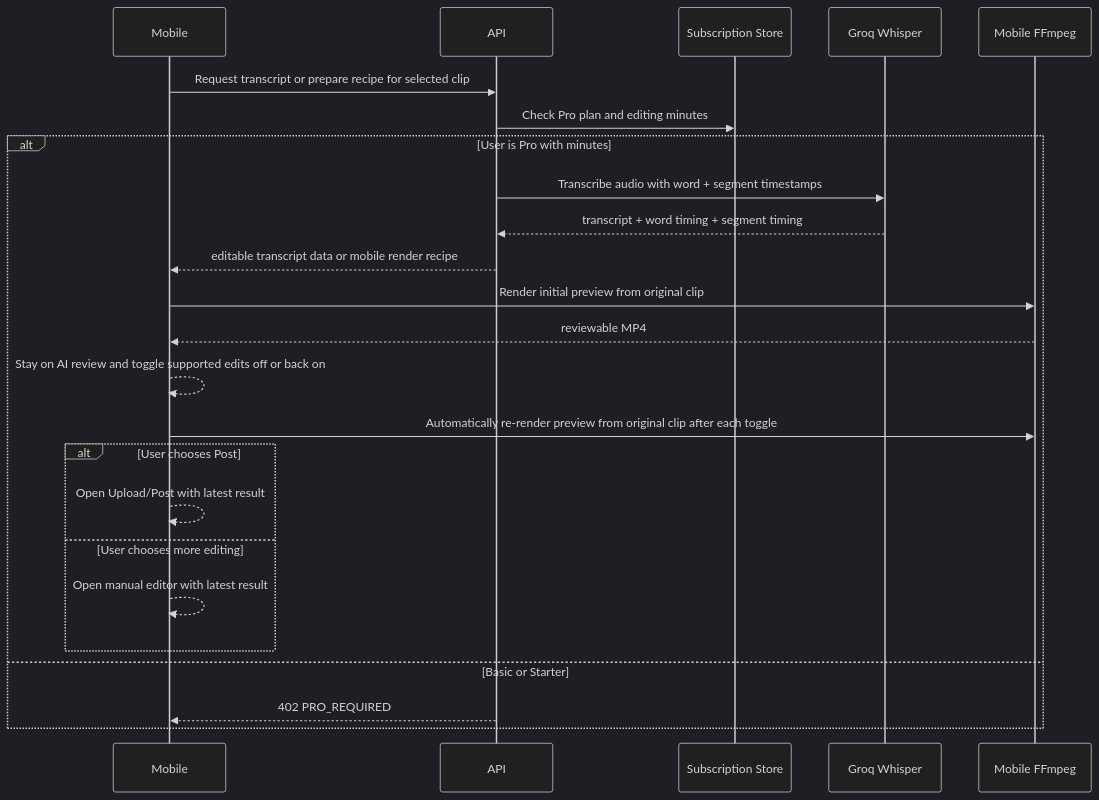
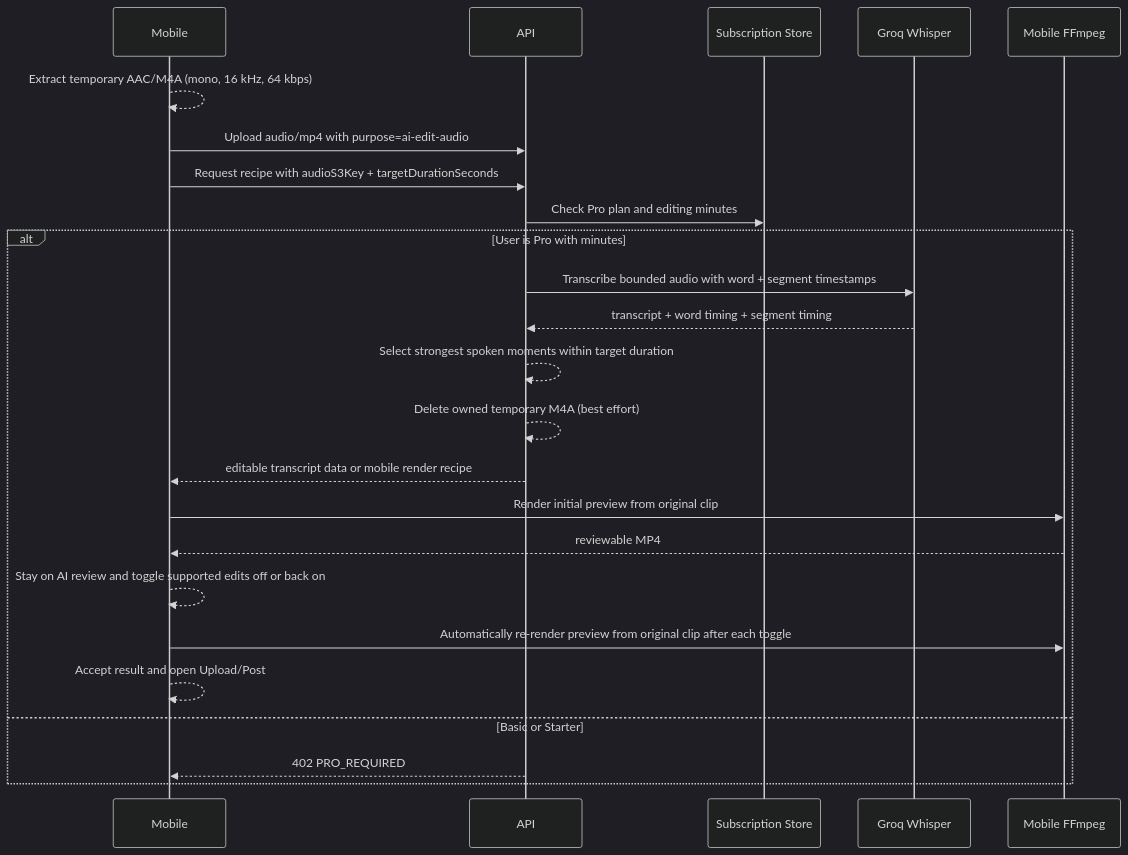
Before and after one commit to NOI56/PostDeeMobile: the seventh of 8 diagrams in ARCHITECTURE.md, drawn with Mermaid (dark theme). The commit also changed other lines of this file and 214 other files, not shown here.

````diff
--- a/ARCHITECTURE.md
+++ b/ARCHITECTURE.md
@@ -523,27 +704,27 @@
 ```mermaid
 sequenceDiagram
   participant M as Mobile
   participant A as API
   participant Sub as Subscription Store
   participant W as Groq Whisper
   participant F as Mobile FFmpeg
 
-  M->>A: Request transcript or prepare recipe for selected clip
+  M-->>M: Extract temporary AAC/M4A (mono, 16 kHz, 64 kbps)
+  M->>A: Upload audio/mp4 with purpose=ai-edit-audio
+  M->>A: Request recipe with audioS3Key + targetDurationSeconds
   A->>Sub: Check Pro plan and editing minutes
   alt User is Pro with minutes
-    A->>W: Transcribe audio with word + segment timestamps
+    A->>W: Transcribe bounded audio with word + segment timestamps
     W-->>A: transcript + word timing + segment timing
+    A-->>A: Select strongest spoken moments within target duration
+    A-->>A: Delete owned temporary M4A (best effort)
     A-->>M: editable transcript data or mobile render recipe
     M->>F: Render initial preview from original clip
     F-->>M: reviewable MP4
     M-->>M: Stay on AI review and toggle supported edits off or back on
     M->>F: Automatically re-render preview from original clip after each toggle
-    alt User chooses Post
-      M-->>M: Open Upload/Post with latest result
-    else User chooses more editing
-      M-->>M: Open manual editor with latest result
-    end
+    M-->>M: Accept result and open Upload/Post
   else Basic or Starter
     A-->>M: 402 PRO_REQUIRED
   end
 ```
````
